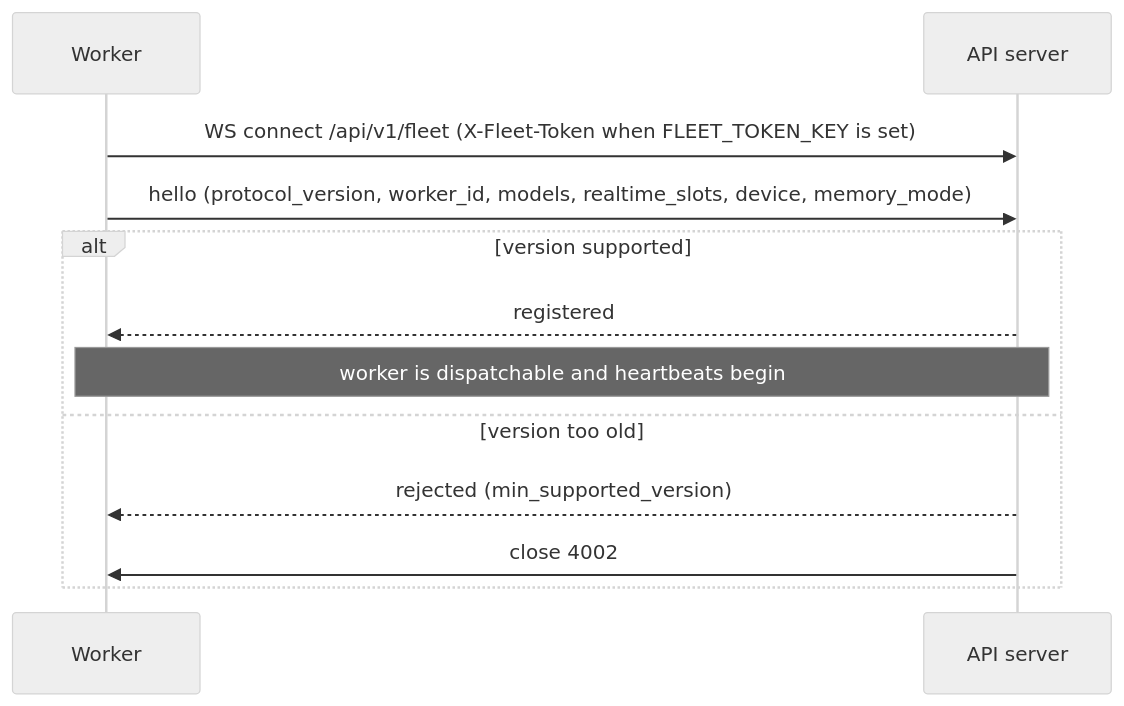
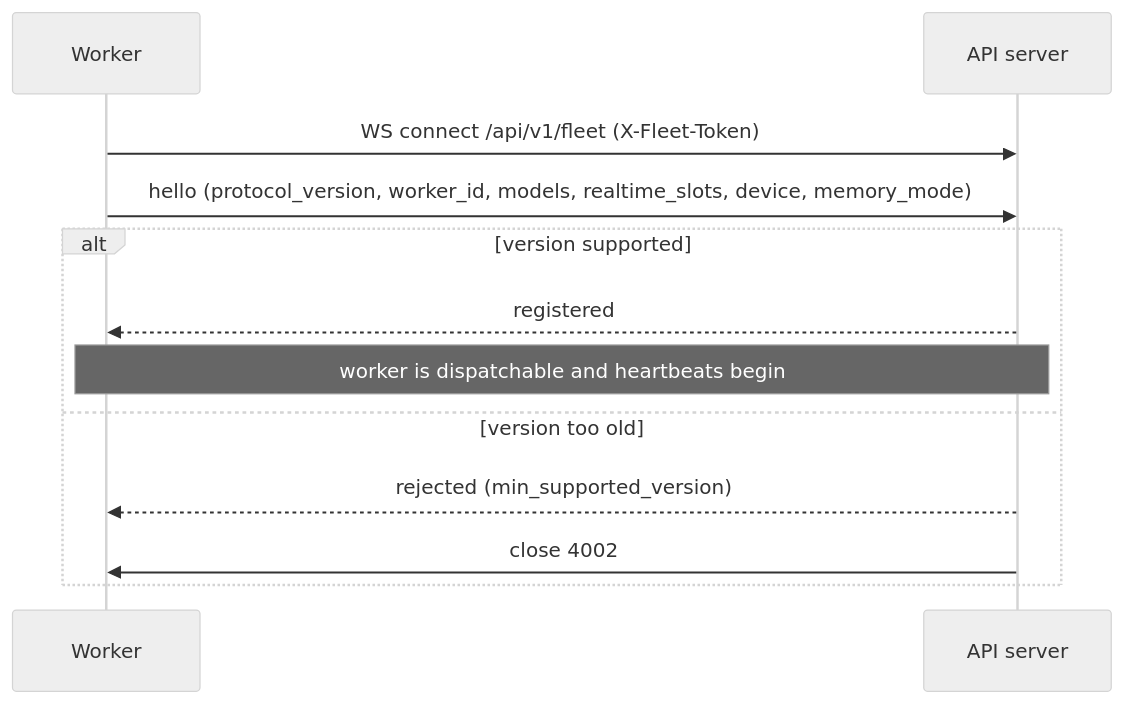
One commit to Portocolom-Studio/potocolom changed the first of 4 diagrams in docs/connection-handling.md. Above: the diagram before and after it, drawn with Mermaid (neutral theme). The commit also changed 6 other files, not shown here.

````diff
--- a/docs/connection-handling.md
+++ b/docs/connection-handling.md
@@ -90,14 +90,14 @@
 ```mermaid
 sequenceDiagram
     participant W as Worker
     participant A as API server
-    W->>A: WS connect /api/v1/fleet (X-Fleet-Token when FLEET_TOKEN_KEY is set)
+    W->>A: WS connect /api/v1/fleet (X-Fleet-Token)
     W->>A: hello (protocol_version, worker_id, models, realtime_slots, device, memory_mode)
     alt version supported
         A-->>W: registered
         Note over W,A: worker is dispatchable and heartbeats begin
     else version too old
         A-->>W: rejected (min_supported_version)
         A->>W: close 4002
     end
 ```
````
